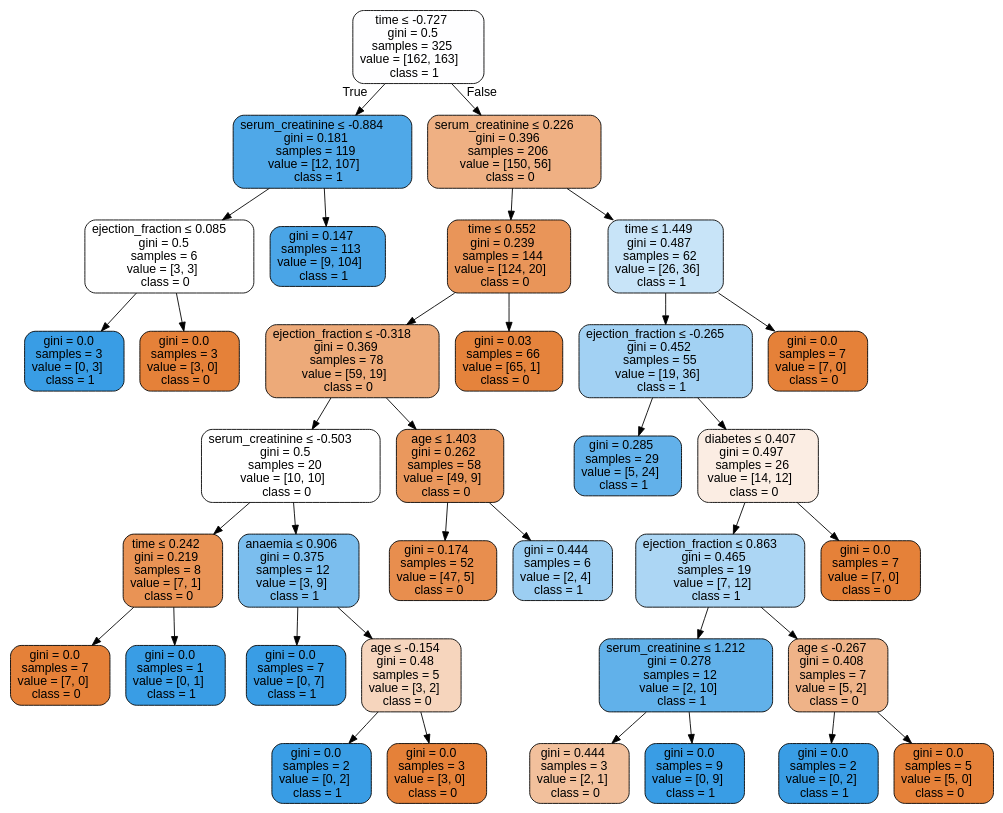
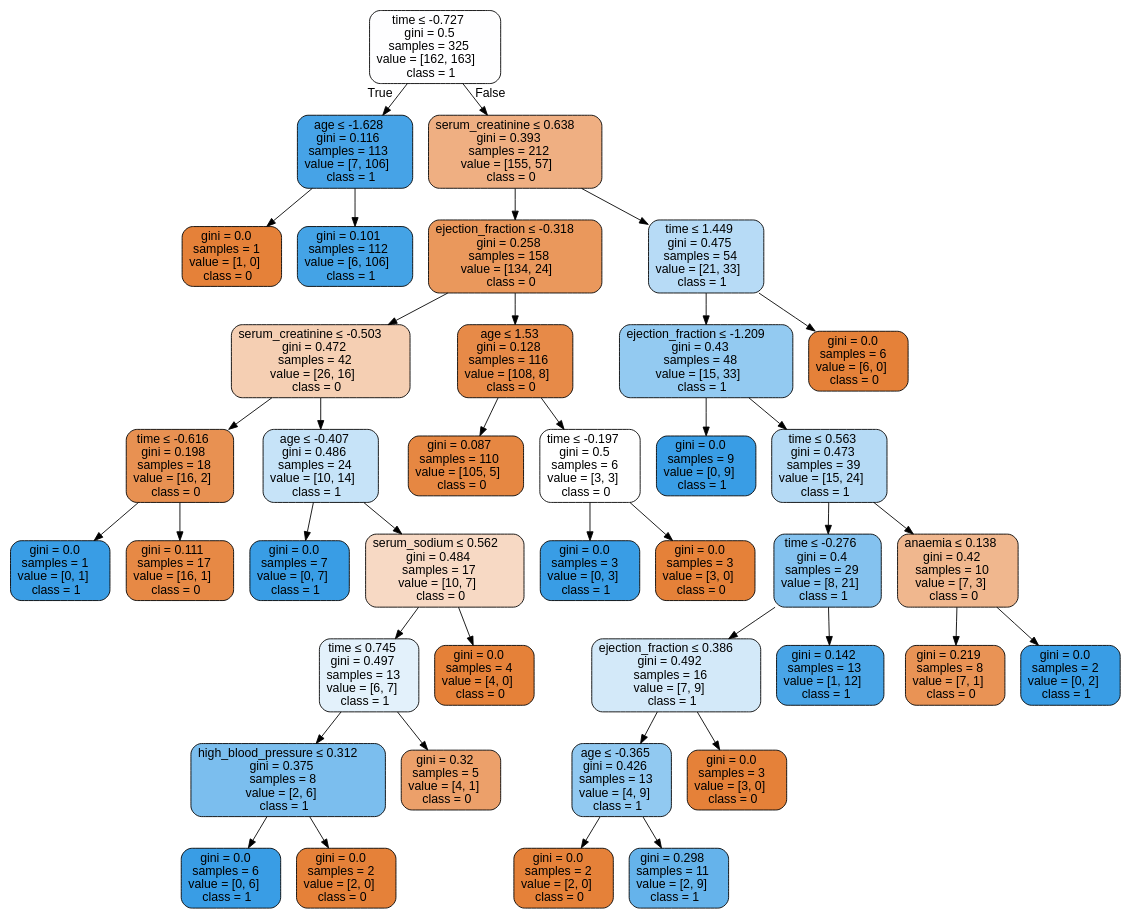
One commit to isabelSoares/CD-2021 changed the diagram in Labs/Results/DecisionTrees/FeatureEng/SMOTE/HFCR - SMOTE - dtree.dot. Above: the diagram before and after it, drawn with Graphviz. The commit also changed 125 other files, not shown here.

```diff
--- a/Labs/Results/DecisionTrees/FeatureEng/SMOTE/HFCR - SMOTE - dtree.dot
+++ b/Labs/Results/DecisionTrees/FeatureEng/SMOTE/HFCR - SMOTE - dtree.dot
@@ -1,73 +1,81 @@
 digraph Tree {
 node [shape=box, style="filled, rounded", color="black", fontname=helvetica] ;
 edge [fontname=helvetica] ;
 0 [label=<time &le; -0.727<br/>gini = 0.5<br/>samples = 325<br/>value = [162, 163]<br/>class = 1>, fillcolor="#fefeff"] ;
-1 [label=<serum_creatinine &le; -0.884<br/>gini = 0.181<br/>samples = 119<br/>value = [12, 107]<br/>class = 1>, fillcolor="#4fa8e8"] ;
+1 [label=<age &le; -1.628<br/>gini = 0.116<br/>samples = 113<br/>value = [7, 106]<br/>class = 1>, fillcolor="#46a3e7"] ;
 0 -> 1 [labeldistance=2.5, labelangle=45, headlabel="True"] ;
-2 [label=<ejection_fraction &le; 0.085<br/>gini = 0.5<br/>samples = 6<br/>value = [3, 3]<br/>class = 0>, fillcolor="#ffffff"] ;
+2 [label=<gini = 0.0<br/>samples = 1<br/>value = [1, 0]<br/>class = 0>, fillcolor="#e58139"] ;
 1 -> 2 ;
-3 [label=<gini = 0.0<br/>samples = 3<br/>value = [0, 3]<br/>class = 1>, fillcolor="#399de5"] ;
-2 -> 3 ;
-4 [label=<gini = 0.0<br/>samples = 3<br/>value = [3, 0]<br/>class = 0>, fillcolor="#e58139"] ;
-2 -> 4 ;
-5 [label=<gini = 0.147<br/>samples = 113<br/>value = [9, 104]<br/>class = 1>, fillcolor="#4aa5e7"] ;
-1 -> 5 ;
-6 [label=<serum_creatinine &le; 0.226<br/>gini = 0.396<br/>samples = 206<br/>value = [150, 56]<br/>class = 0>, fillcolor="#efb083"] ;
-0 -> 6 [labeldistance=2.5, labelangle=-45, headlabel="False"] ;
-7 [label=<time &le; 0.552<br/>gini = 0.239<br/>samples = 144<br/>value = [124, 20]<br/>class = 0>, fillcolor="#e99559"] ;
+3 [label=<gini = 0.101<br/>samples = 112<br/>value = [6, 106]<br/>class = 1>, fillcolor="#44a3e6"] ;
+1 -> 3 ;
+4 [label=<serum_creatinine &le; 0.638<br/>gini = 0.393<br/>samples = 212<br/>value = [155, 57]<br/>class = 0>, fillcolor="#efaf82"] ;
+0 -> 4 [labeldistance=2.5, labelangle=-45, headlabel="False"] ;
+5 [label=<ejection_fraction &le; -0.318<br/>gini = 0.258<br/>samples = 158<br/>value = [134, 24]<br/>class = 0>, fillcolor="#ea985c"] ;
+4 -> 5 ;
+6 [label=<serum_creatinine &le; -0.503<br/>gini = 0.472<br/>samples = 42<br/>value = [26, 16]<br/>class = 0>, fillcolor="#f5cfb3"] ;
+5 -> 6 ;
+7 [label=<time &le; -0.616<br/>gini = 0.198<br/>samples = 18<br/>value = [16, 2]<br/>class = 0>, fillcolor="#e89152"] ;
 6 -> 7 ;
-8 [label=<ejection_fraction &le; -0.318<br/>gini = 0.369<br/>samples = 78<br/>value = [59, 19]<br/>class = 0>, fillcolor="#edaa79"] ;
+8 [label=<gini = 0.0<br/>samples = 1<br/>value = [0, 1]<br/>class = 1>, fillcolor="#399de5"] ;
 7 -> 8 ;
-9 [label=<serum_creatinine &le; -0.503<br/>gini = 0.5<br/>samples = 20<br/>value = [10, 10]<br/>class = 0>, fillcolor="#ffffff"] ;
-8 -> 9 ;
-10 [label=<time &le; 0.242<br/>gini = 0.219<br/>samples = 8<br/>value = [7, 1]<br/>class = 0>, fillcolor="#e99355"] ;
-9 -> 10 ;
-11 [label=<gini = 0.0<br/>samples = 7<br/>value = [7, 0]<br/>class = 0>, fillcolor="#e58139"] ;
+9 [label=<gini = 0.111<br/>samples = 17<br/>value = [16, 1]<br/>class = 0>, fillcolor="#e78945"] ;
+7 -> 9 ;
+10 [label=<age &le; -0.407<br/>gini = 0.486<br/>samples = 24<br/>value = [10, 14]<br/>class = 1>, fillcolor="#c6e3f8"] ;
+6 -> 10 ;
+11 [label=<gini = 0.0<br/>samples = 7<br/>value = [0, 7]<br/>class = 1>, fillcolor="#399de5"] ;
 10 -> 11 ;
-12 [label=<gini = 0.0<br/>samples = 1<br/>value = [0, 1]<br/>class = 1>, fillcolor="#399de5"] ;
+12 [label=<serum_sodium &le; 0.562<br/>gini = 0.484<br/>samples = 17<br/>value = [10, 7]<br/>class = 0>, fillcolor="#f7d9c4"] ;
 10 -> 12 ;
-13 [label=<anaemia &le; 0.906<br/>gini = 0.375<br/>samples = 12<br/>value = [3, 9]<br/>class = 1>, fillcolor="#7bbeee"] ;
-9 -> 13 ;
-14 [label=<gini = 0.0<br/>samples = 7<br/>value = [0, 7]<br/>class = 1>, fillcolor="#399de5"] ;
+13 [label=<time &le; 0.745<br/>gini = 0.497<br/>samples = 13<br/>value = [6, 7]<br/>class = 1>, fillcolor="#e3f1fb"] ;
+12 -> 13 ;
+14 [label=<high_blood_pressure &le; 0.312<br/>gini = 0.375<br/>samples = 8<br/>value = [2, 6]<br/>class = 1>, fillcolor="#7bbeee"] ;
 13 -> 14 ;
-15 [label=<age &le; -0.154<br/>gini = 0.48<br/>samples = 5<br/>value = [3, 2]<br/>class = 0>, fillcolor="#f6d5bd"] ;
-13 -> 15 ;
-16 [label=<gini = 0.0<br/>samples = 2<br/>value = [0, 2]<br/>class = 1>, fillcolor="#399de5"] ;
-15 -> 16 ;
-17 [label=<gini = 0.0<br/>samples = 3<br/>value = [3, 0]<br/>class = 0>, fillcolor="#e58139"] ;
-15 -> 17 ;
-18 [label=<age &le; 1.403<br/>gini = 0.262<br/>samples = 58<br/>value = [49, 9]<br/>class = 0>, fillcolor="#ea985d"] ;
-8 -> 18 ;
-19 [label=<gini = 0.174<br/>samples = 52<br/>value = [47, 5]<br/>class = 0>, fillcolor="#e88e4e"] ;
-18 -> 19 ;
-20 [label=<gini = 0.444<br/>samples = 6<br/>value = [2, 4]<br/>class = 1>, fillcolor="#9ccef2"] ;
-18 -> 20 ;
-21 [label=<gini = 0.03<br/>samples = 66<br/>value = [65, 1]<br/>class = 0>, fillcolor="#e5833c"] ;
-7 -> 21 ;
-22 [label=<time &le; 1.449<br/>gini = 0.487<br/>samples = 62<br/>value = [26, 36]<br/>class = 1>, fillcolor="#c8e4f8"] ;
-6 -> 22 ;
-23 [label=<ejection_fraction &le; -0.265<br/>gini = 0.452<br/>samples = 55<br/>value = [19, 36]<br/>class = 1>, fillcolor="#a2d1f3"] ;
-22 -> 23 ;
-24 [label=<gini = 0.285<br/>samples = 29<br/>value = [5, 24]<br/>class = 1>, fillcolor="#62b1ea"] ;
-23 -> 24 ;
-25 [label=<diabetes &le; 0.407<br/>gini = 0.497<br/>samples = 26<br/>value = [14, 12]<br/>class = 0>, fillcolor="#fbede3"] ;
-23 -> 25 ;
-26 [label=<ejection_fraction &le; 0.863<br/>gini = 0.465<br/>samples = 19<br/>value = [7, 12]<br/>class = 1>, fillcolor="#acd6f4"] ;
+15 [label=<gini = 0.0<br/>samples = 6<br/>value = [0, 6]<br/>class = 1>, fillcolor="#399de5"] ;
+14 -> 15 ;
+16 [label=<gini = 0.0<br/>samples = 2<br/>value = [2, 0]<br/>class = 0>, fillcolor="#e58139"] ;
+14 -> 16 ;
+17 [label=<gini = 0.32<br/>samples = 5<br/>value = [4, 1]<br/>class = 0>, fillcolor="#eca06a"] ;
+13 -> 17 ;
+18 [label=<gini = 0.0<br/>samples = 4<br/>value = [4, 0]<br/>class = 0>, fillcolor="#e58139"] ;
+12 -> 18 ;
+19 [label=<age &le; 1.53<br/>gini = 0.128<br/>samples = 116<br/>value = [108, 8]<br/>class = 0>, fillcolor="#e78a48"] ;
+5 -> 19 ;
+20 [label=<gini = 0.087<br/>samples = 110<br/>value = [105, 5]<br/>class = 0>, fillcolor="#e68742"] ;
+19 -> 20 ;
+21 [label=<time &le; -0.197<br/>gini = 0.5<br/>samples = 6<br/>value = [3, 3]<br/>class = 0>, fillcolor="#ffffff"] ;
+19 -> 21 ;
+22 [label=<gini = 0.0<br/>samples = 3<br/>value = [0, 3]<br/>class = 1>, fillcolor="#399de5"] ;
+21 -> 22 ;
+23 [label=<gini = 0.0<br/>samples = 3<br/>value = [3, 0]<br/>class = 0>, fillcolor="#e58139"] ;
+21 -> 23 ;
+24 [label=<time &le; 1.449<br/>gini = 0.475<br/>samples = 54<br/>value = [21, 33]<br/>class = 1>, fillcolor="#b7dbf6"] ;
+4 -> 24 ;
+25 [label=<ejection_fraction &le; -1.209<br/>gini = 0.43<br/>samples = 48<br/>value = [15, 33]<br/>class = 1>, fillcolor="#93caf1"] ;
+24 -> 25 ;
+26 [label=<gini = 0.0<br/>samples = 9<br/>value = [0, 9]<br/>class = 1>, fillcolor="#399de5"] ;
 25 -> 26 ;
-27 [label=<serum_creatinine &le; 1.212<br/>gini = 0.278<br/>samples = 12<br/>value = [2, 10]<br/>class = 1>, fillcolor="#61b1ea"] ;
-26 -> 27 ;
-28 [label=<gini = 0.444<br/>samples = 3<br/>value = [2, 1]<br/>class = 0>, fillcolor="#f2c09c"] ;
+27 [label=<time &le; 0.563<br/>gini = 0.473<br/>samples = 39<br/>value = [15, 24]<br/>class = 1>, fillcolor="#b5daf5"] ;
+25 -> 27 ;
+28 [label=<time &le; -0.276<br/>gini = 0.4<br/>samples = 29<br/>value = [8, 21]<br/>class = 1>, fillcolor="#84c2ef"] ;
 27 -> 28 ;
-29 [label=<gini = 0.0<br/>samples = 9<br/>value = [0, 9]<br/>class = 1>, fillcolor="#399de5"] ;
-27 -> 29 ;
-30 [label=<age &le; -0.267<br/>gini = 0.408<br/>samples = 7<br/>value = [5, 2]<br/>class = 0>, fillcolor="#efb388"] ;
-26 -> 30 ;
-31 [label=<gini = 0.0<br/>samples = 2<br/>value = [0, 2]<br/>class = 1>, fillcolor="#399de5"] ;
+29 [label=<ejection_fraction &le; 0.386<br/>gini = 0.492<br/>samples = 16<br/>value = [7, 9]<br/>class = 1>, fillcolor="#d3e9f9"] ;
+28 -> 29 ;
+30 [label=<age &le; -0.365<br/>gini = 0.426<br/>samples = 13<br/>value = [4, 9]<br/>class = 1>, fillcolor="#91c9f1"] ;
+29 -> 30 ;
+31 [label=<gini = 0.0<br/>samples = 2<br/>value = [2, 0]<br/>class = 0>, fillcolor="#e58139"] ;
 30 -> 31 ;
-32 [label=<gini = 0.0<br/>samples = 5<br/>value = [5, 0]<br/>class = 0>, fillcolor="#e58139"] ;
+32 [label=<gini = 0.298<br/>samples = 11<br/>value = [2, 9]<br/>class = 1>, fillcolor="#65b3eb"] ;
 30 -> 32 ;
-33 [label=<gini = 0.0<br/>samples = 7<br/>value = [7, 0]<br/>class = 0>, fillcolor="#e58139"] ;
-25 -> 33 ;
-34 [label=<gini = 0.0<br/>samples = 7<br/>value = [7, 0]<br/>class = 0>, fillcolor="#e58139"] ;
-22 -> 34 ;
+33 [label=<gini = 0.0<br/>samples = 3<br/>value = [3, 0]<br/>class = 0>, fillcolor="#e58139"] ;
+29 -> 33 ;
+34 [label=<gini = 0.142<br/>samples = 13<br/>value = [1, 12]<br/>class = 1>, fillcolor="#49a5e7"] ;
+28 -> 34 ;
+35 [label=<anaemia &le; 0.138<br/>gini = 0.42<br/>samples = 10<br/>value = [7, 3]<br/>class = 0>, fillcolor="#f0b78e"] ;
+27 -> 35 ;
+36 [label=<gini = 0.219<br/>samples = 8<br/>value = [7, 1]<br/>class = 0>, fillcolor="#e99355"] ;
+35 -> 36 ;
+37 [label=<gini = 0.0<br/>samples = 2<br/>value = [0, 2]<br/>class = 1>, fillcolor="#399de5"] ;
+35 -> 37 ;
+38 [label=<gini = 0.0<br/>samples = 6<br/>value = [6, 0]<br/>class = 0>, fillcolor="#e58139"] ;
+24 -> 38 ;
 }
```
